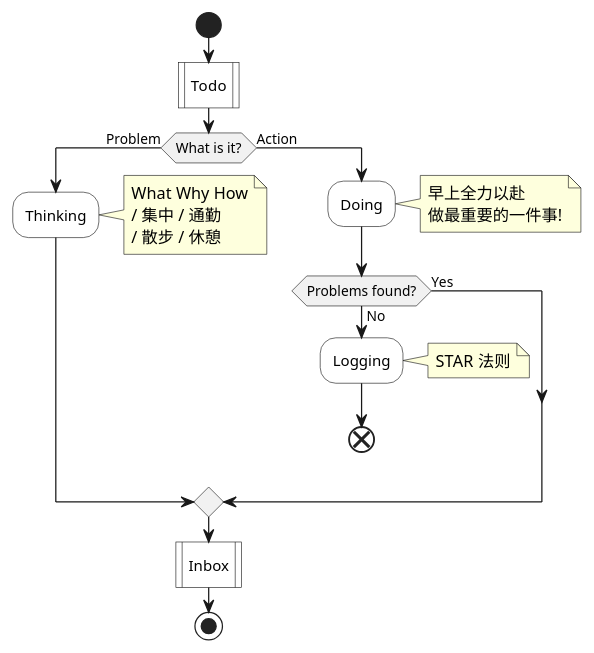
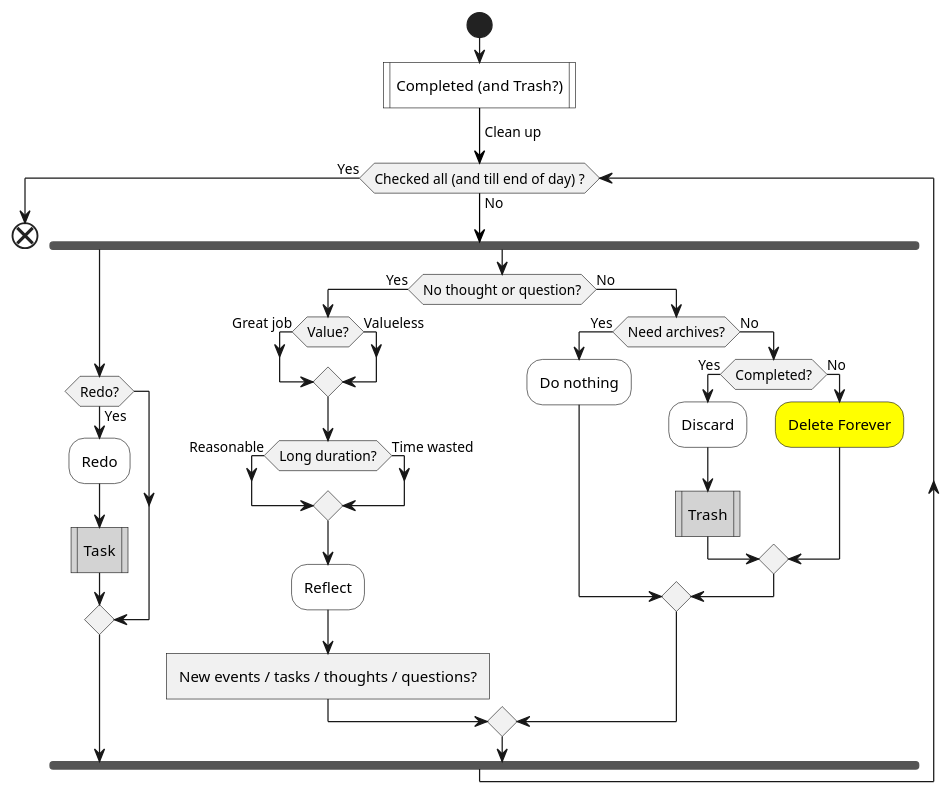
The fourth of 6 diagrams in snips/principles/gtd.md (IceHe/icehe-lib), drawn with PlantUML before and after one commit. The commit also changed other lines of this file, not shown here.

````diff
--- a/snips/principles/gtd.md
+++ b/snips/principles/gtd.md
@@ -60,21 +216,38 @@
 ```plantuml
 @startuml
 start
-#white:Todo|
-if (What is it?) then (Problem)
-    #white:Thinking;
-    note right : What Why How\n/ 集中 / 通勤 \n/ 散步 / 休憩
-else (Action)
-    #white:Doing;
-    note right : 早上全力以赴\n做最重要的一件事!
-    if (Problems found?) then (No)
-        #white:Logging;
-        note right : STAR 法则
-        end
-    else (Yes)
-    endif
-endif
-        #white:Inbox|
-        stop
+#white:Completed (and Trash?)|
+-[#black]-> Clean up;
+while (Checked all (and till end of day) ?) is (No)
+    fork
+        if (Redo?) then (Yes)
+            #white:Redo;
+            #lightGray:Task|
+        endif
+    fork again
+        if (No thought or question?) then (Yes)
+            if (Value?) then (Great job)
+            else (Valueless)
+            endif
+            if (Long duration?) then (Reasonable)
+            else (Time wasted)
+            endif
+            #white:Reflect;
+            :New events / tasks / thoughts / questions?]
+        else (No)
+            if (Need archives?) then (Yes)
+                #white:Do nothing;
+            else (No)
+                if (Completed?) then (Yes)
+                    #white:Discard;
+                    #lightGray:Trash|
+                else (No)
+                    #yellow:Delete Forever;
+                endif
+            endif
+        endif
+    end fork
+endwhile (Yes)
+end
 @enduml
 ```
````
